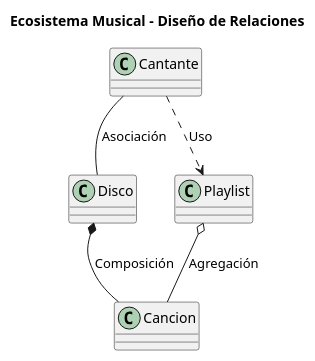
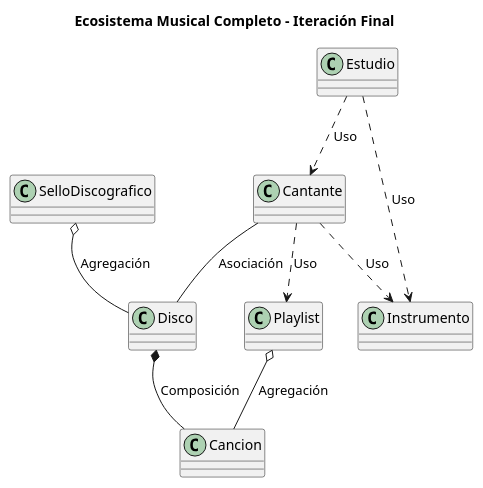
Before and after one commit to jerdier/25-26-IDSW2: the diagram in entregas/reto-001/Diagrama musical.puml, drawn with PlantUML. The commit also changed 5 other files, not shown here.

Commit message:
Segunda Iteración Escenario musical

```diff
--- a/entregas/reto-001/Diagrama musical.puml
+++ b/entregas/reto-001/Diagrama musical.puml
@@ -1,21 +1,34 @@
 @startuml
-title Ecosistema Musical - Diseño de Relaciones
+title Ecosistema Musical Completo - Iteración Final
 
 class Cantante {
-}
+                    }
 
 class Disco {
 }
 
 class Cancion {
 }
 
 class Playlist {
 }
 
+class Instrumento {
+}
+
+class SelloDiscografico {
+}
+
+class Estudio {
+}
+
 Cantante -- Disco : Asociación
 Disco *-- Cancion : Composición
 Playlist o-- Cancion : Agregación
 Cantante ..> Playlist : Uso
+Cantante ..> Instrumento : Uso
+SelloDiscografico o-- Disco : Agregación
+Estudio ..> Cantante : Uso
+Estudio ..> Instrumento : Uso
 
 @enduml
```
